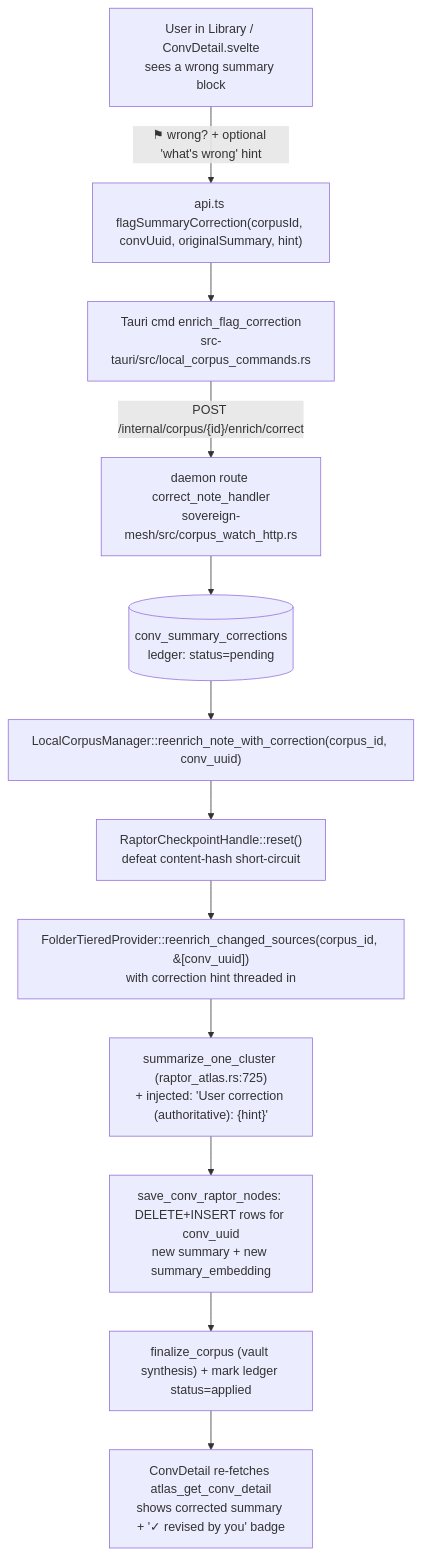
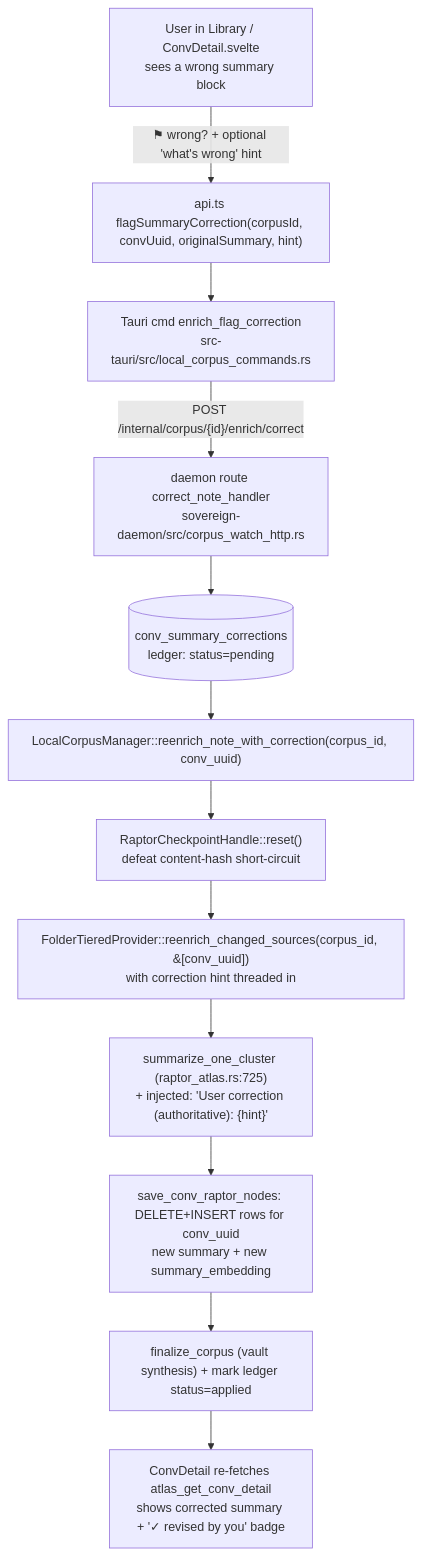
One commit to alexsbryan/commonwealth-ai changed the diagram in docs/specs/SUMMARY_REVISION_LOOP.md. Above: the diagram before and after it, drawn with Mermaid. The commit also changed other lines of this file and 61 other files, not shown here.

First line of the commit message:
REVIEW-audit-daemon-1: the mesh host cluster's move, audited

````diff
--- a/docs/specs/SUMMARY_REVISION_LOOP.md
+++ b/docs/specs/SUMMARY_REVISION_LOOP.md
@@ -72,15 +72,15 @@
 ```mermaid
 flowchart TD
   U["User in Library / ConvDetail.svelte<br/>sees a wrong summary block"] -->|"⚑ wrong? + optional 'what's wrong' hint"| API
   API["api.ts flagSummaryCorrection(corpusId, convUuid, originalSummary, hint)"] --> TAURI
   TAURI["Tauri cmd enrich_flag_correction<br/>src-tauri/src/local_corpus_commands.rs"] -->|"POST /internal/corpus/{id}/enrich/correct"| ROUTE
-  ROUTE["daemon route correct_note_handler<br/>sovereign-mesh/src/corpus_watch_http.rs"] --> LEDGER
+  ROUTE["daemon route correct_note_handler<br/>sovereign-daemon/src/corpus_watch_http.rs"] --> LEDGER
   LEDGER[("conv_summary_corrections<br/>ledger: status=pending")] --> MGR
   MGR["LocalCorpusManager::reenrich_note_with_correction(corpus_id, conv_uuid)"] --> RESET
   RESET["RaptorCheckpointHandle::reset()<br/>defeat content-hash short-circuit"] --> RE
   RE["FolderTieredProvider::reenrich_changed_sources(corpus_id, &[conv_uuid])<br/>with correction hint threaded in"] --> SUM
   SUM["summarize_one_cluster (raptor_atlas.rs:725)<br/>+ injected: 'User correction (authoritative): {hint}'"] --> SAVE
   SAVE["save_conv_raptor_nodes: DELETE+INSERT rows for conv_uuid<br/>new summary + new summary_embedding"] --> FIN
   FIN["finalize_corpus (vault synthesis) + mark ledger status=applied"] --> POLL
   POLL["ConvDetail re-fetches atlas_get_conv_detail<br/>shows corrected summary + '✓ revised by you' badge"]
 ```
````
